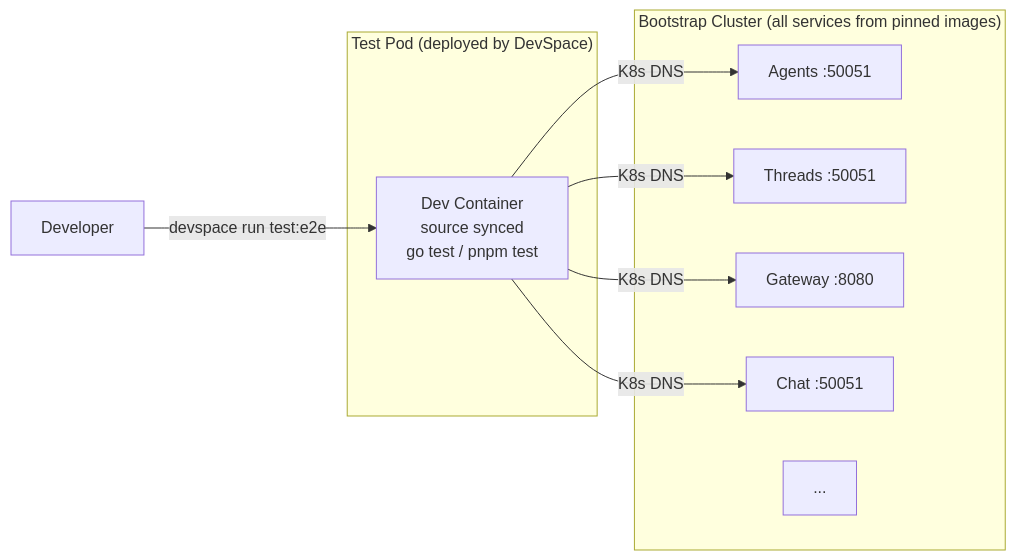
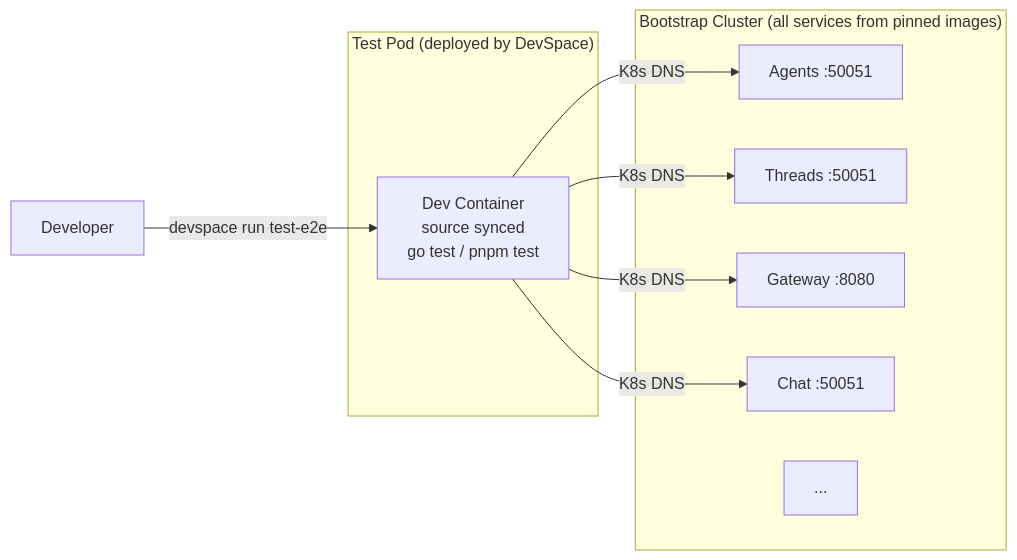
One commit to agynio/architecture changed the diagram in architecture/operations/e2e-testing.md. Above: the diagram before and after it, drawn with Mermaid. The commit also changed other lines of this file and 1 other file, not shown here.

Commit message:
docs: rename test-e2e in ops docs

````diff
--- a/architecture/operations/e2e-testing.md
+++ b/architecture/operations/e2e-testing.md
@@ -9,20 +9,20 @@
 ```mermaid
 graph LR
     subgraph "Bootstrap Cluster (all services from pinned images)"
         SVC1[Agents :50051]
         SVC2[Threads :50051]
         SVC3[Gateway :8080]
         SVC4[Chat :50051]
         SVCN[...]
     end
 
     subgraph "Test Pod (deployed by DevSpace)"
         TC[Dev Container<br/>source synced<br/>go test / pnpm test]
     end
 
-    Dev[Developer] -->|devspace run test:e2e| TC
+    Dev[Developer] -->|devspace run test-e2e| TC
     TC -->|K8s DNS| SVC1
     TC -->|K8s DNS| SVC2
     TC -->|K8s DNS| SVC3
     TC -->|K8s DNS| SVC4
 ```
````
